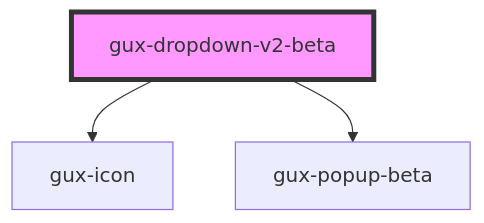
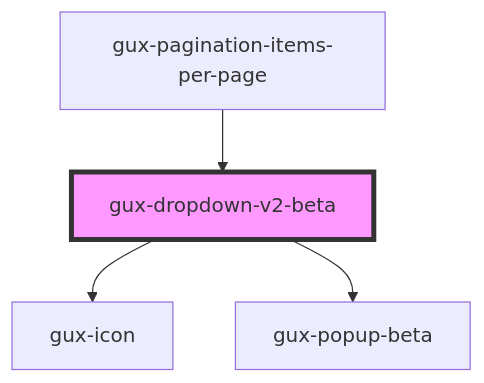
The diagram in src/components/beta/gux-dropdown-v2/readme.md (MyPureCloud/genesys-spark), drawn with Mermaid before and after one commit. The commit also changed other lines of this file and 17 other files, not shown here.

````diff
--- a/src/components/beta/gux-dropdown-v2/readme.md
+++ b/src/components/beta/gux-dropdown-v2/readme.md
@@ -30,6 +34,7 @@
 ```mermaid
 graph TD;
   gux-dropdown-v2-beta --> gux-icon
   gux-dropdown-v2-beta --> gux-popup-beta
+  gux-pagination-items-per-page --> gux-dropdown-v2-beta
   style gux-dropdown-v2-beta fill:#f9f,stroke:#333,stroke-width:4px
 ```
````
